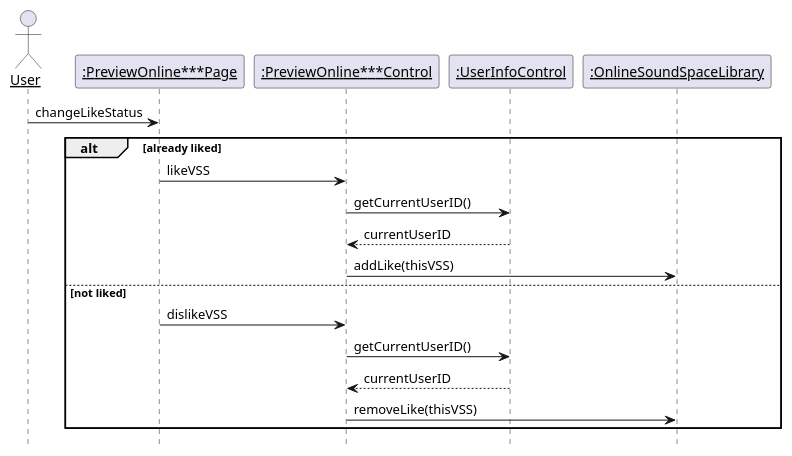
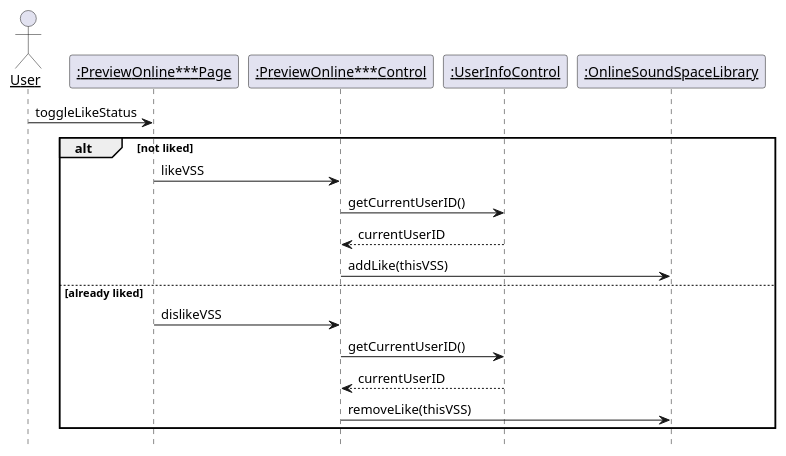
One commit to kpp19920121/doc changed the tenth of 20 diagrams in 需求定义和分析/动态模型.md. Above: the diagram before and after it, drawn with PlantUML. The commit also changed other lines of this file and 4 other files, not shown here.

````diff
--- a/需求定义和分析/动态模型.md
+++ b/需求定义和分析/动态模型.md
@@ -425,25 +425,25 @@
 ```PlantUML
 @startuml Diagrams/LikeVSS
 hide footbox
 skinparam sequenceParticipant underline
 actor User as user
 participant ":PreviewOnline***Page" as page
 participant ":PreviewOnline***Control" as control
 participant ":UserInfoControl" as info
 participant ":OnlineSoundSpaceLibrary" as library
 
-user -> page: changeLikeStatus
-alt already liked
+user -> page: toggleLikeStatus
+alt not liked
     page -> control: likeVSS
     control -> info: getCurrentUserID()
     info --> control: currentUserID
     control -> library: addLike(thisVSS)
-else not liked
+else already liked
     page -> control: dislikeVSS
     control -> info: getCurrentUserID()
     info --> control: currentUserID
     control -> library: removeLike(thisVSS)
 end
 
 @enduml
 ```
````
